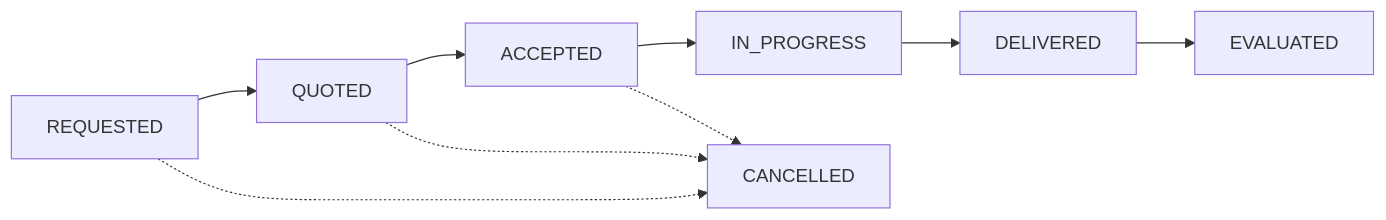
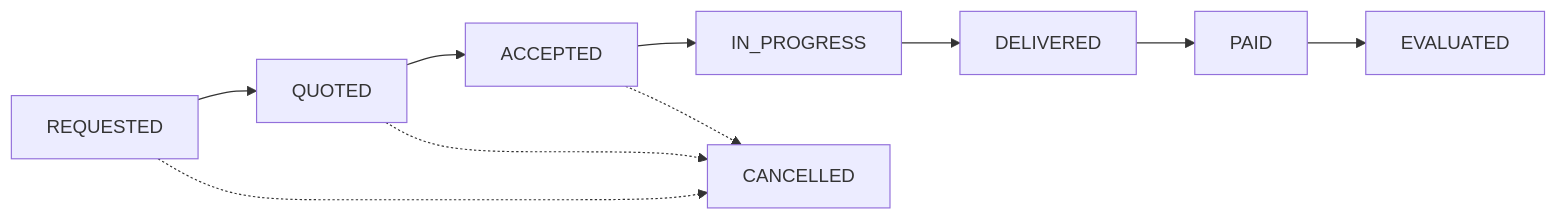
One commit to ARQUI-202630/quickpatch changed the third of 4 diagrams in docs/architecture/SAD.md. Above: the diagram before and after it, drawn with Mermaid. The commit also changed other lines of this file, not shown here.

````diff
--- a/docs/architecture/SAD.md
+++ b/docs/architecture/SAD.md
@@ -1192,11 +1192,12 @@
 ```mermaid
 flowchart LR
     A[REQUESTED] --> B[QUOTED]
     B --> C[ACCEPTED]
     C --> D[IN_PROGRESS]
     D --> E[DELIVERED]
-    E --> F[EVALUATED]
+    E --> P[PAID]
+    P --> F[EVALUATED]
     A -.-> X[CANCELLED]
     B -.-> X
     C -.-> X
 ```
````
